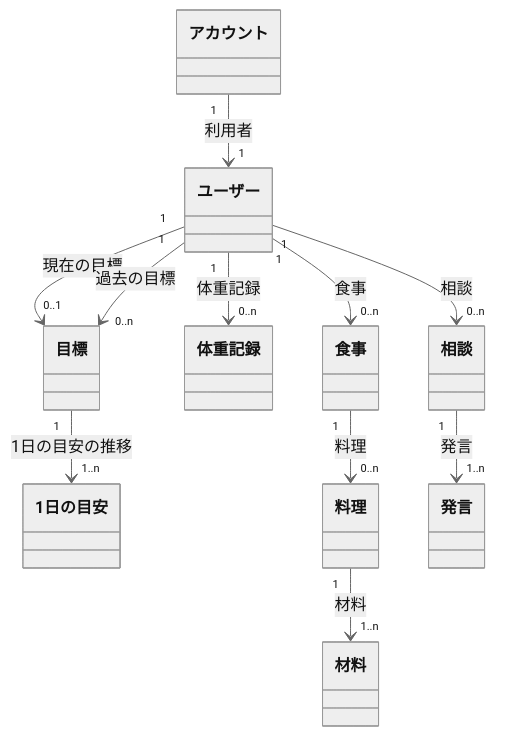
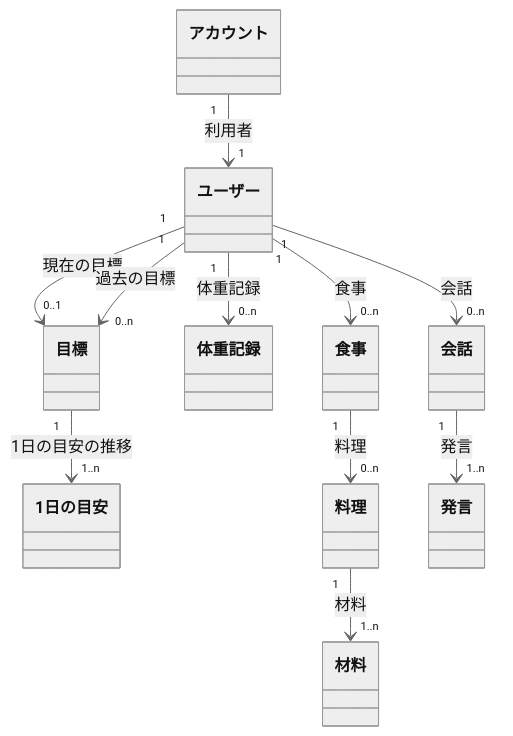
Before and after one commit to gn-t-k/nu-tori: the diagram in docs/ui-design/0001-first-release/03-concept-model.md, drawn with Mermaid (neutral theme). The commit also changed other lines of this file, not shown here.

````diff
--- a/docs/ui-design/0001-first-release/03-concept-model.md
+++ b/docs/ui-design/0001-first-release/03-concept-model.md
@@ -48,23 +69,23 @@
 ```mermaid
 classDiagram
   class Account["アカウント"]
   class User["ユーザー"]
   class Goal["目標"]
   class Target["1日の目安"]
   class Weight["体重記録"]
   class Meal["食事"]
   class Dish["料理"]
   class Ingredient["材料"]
-  class Consult["相談"]
+  class Conversation["会話"]
   class Message["発言"]
   Account "1" --> "1" User : 利用者
   User "1" --> "0..1" Goal : 現在の目標
   User "1" --> "0..n" Goal : 過去の目標
   Goal "1" --> "1..n" Target : 1日の目安の推移
   User "1" --> "0..n" Weight : 体重記録
   User "1" --> "0..n" Meal : 食事
   Meal "1" --> "0..n" Dish : 料理
   Dish "1" --> "1..n" Ingredient : 材料
-  User "1" --> "0..n" Consult : 相談
-  Consult "1" --> "1..n" Message : 発言
+  User "1" --> "0..n" Conversation : 会話
+  Conversation "1" --> "1..n" Message : 発言
 ```
````
